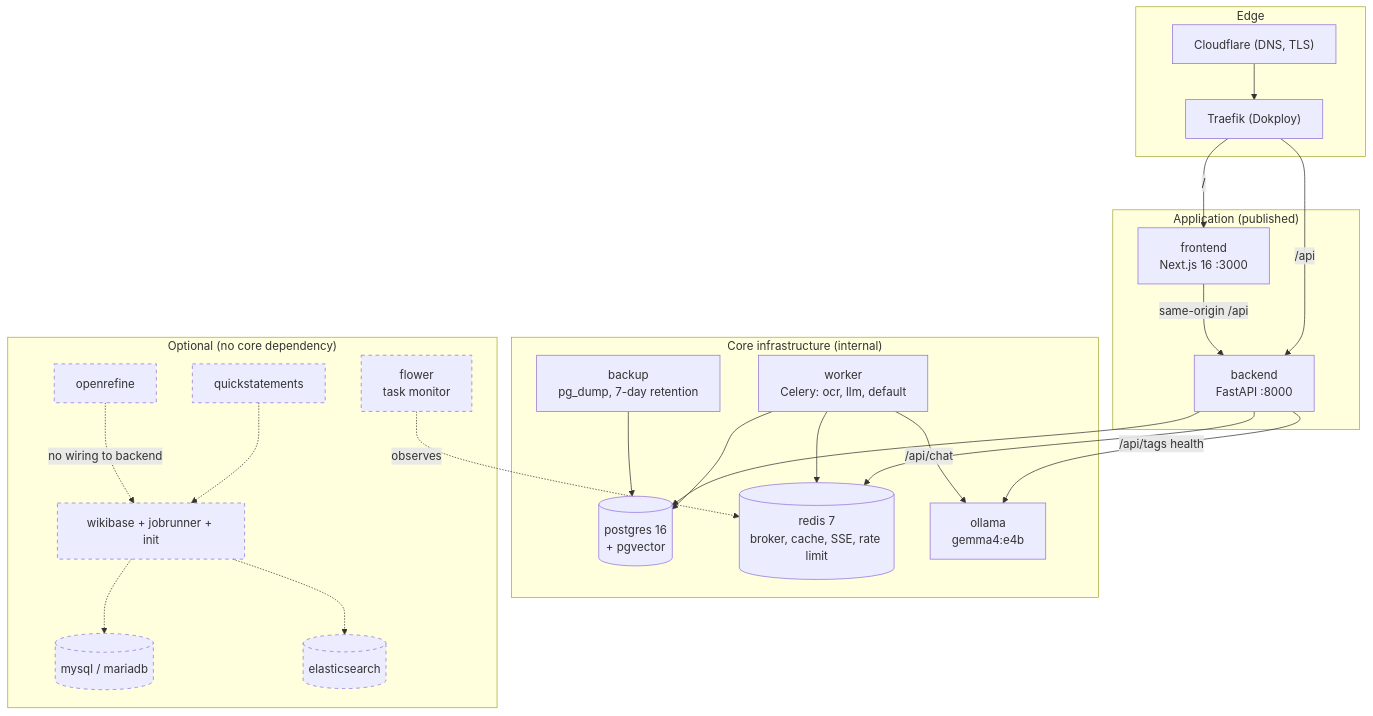
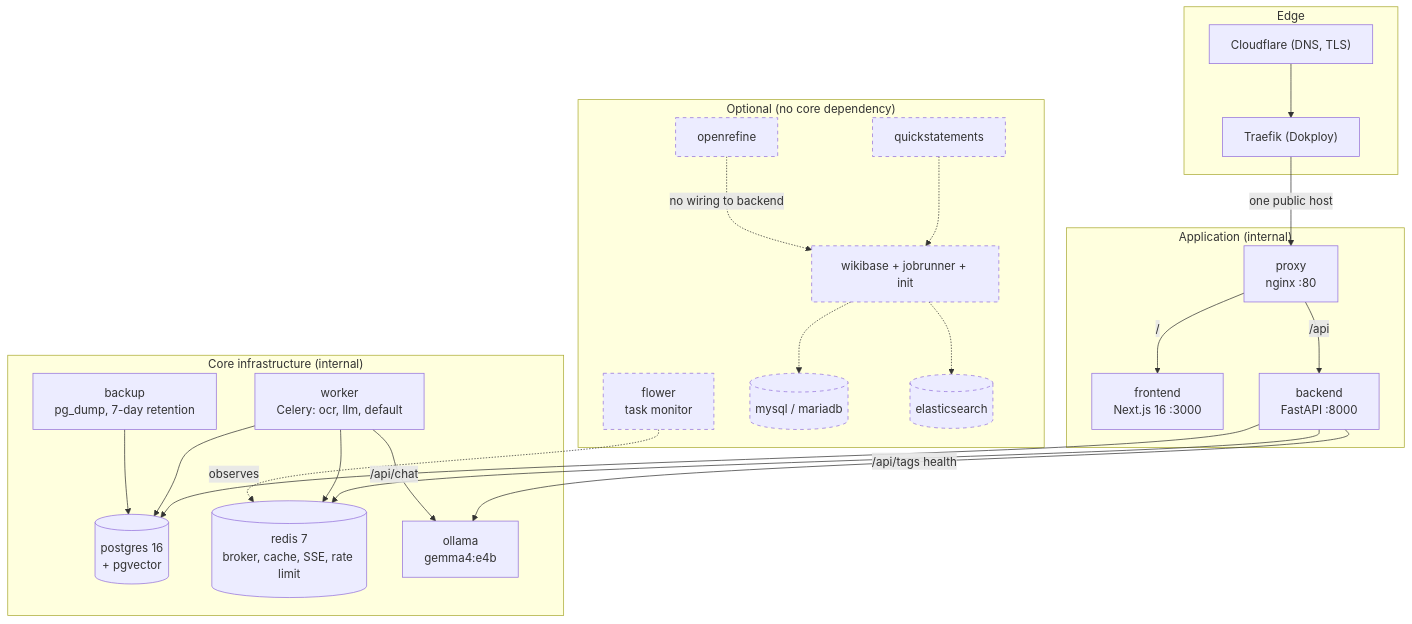
One commit to Agamya-Samuel/indic-book-metadata-extractor-v2 changed the first of 3 diagrams in docs/architecture/system-architecture.md. Above: the diagram before and after it, drawn with Mermaid. The commit also changed other lines of this file and 2 other files, not shown here.

Commit message:
docs(architecture): make the proxy the only public route
Update the deployment domain table, edge/integration notes, and runtime
topology diagram: Dokploy routes one hostname to proxy:80, which forwards
/ to the frontend and /api to the backend. Document that frontend and
backend are no longer published directly.

````diff
--- a/docs/architecture/system-architecture.md
+++ b/docs/architecture/system-architecture.md
@@ -30,51 +30,52 @@
 ```mermaid
 flowchart TB
     subgraph edge["Edge"]
         CF["Cloudflare (DNS, TLS)"]
         TR["Traefik (Dokploy)"]
     end
 
-    subgraph app["Application (published)"]
+    subgraph app["Application (internal)"]
+        PX["proxy<br/>nginx :80"]
         FE["frontend<br/>Next.js 16 :3000"]
         BE["backend<br/>FastAPI :8000"]
     end
 
     subgraph core["Core infrastructure (internal)"]
         PG[("postgres 16<br/>+ pgvector")]
         RD[("redis 7<br/>broker, cache, SSE, rate limit")]
         OL["ollama<br/>gemma4:e4b"]
         WK["worker<br/>Celery: ocr, llm, default"]
         BAK["backup<br/>pg_dump, 7-day retention"]
     end
 
     subgraph optional["Optional (no core dependency)"]
         FL["flower<br/>task monitor"]
         WB["wikibase + jobrunner + init"]
         QS["quickstatements"]
         MY[("mysql / mariadb")]
         ES[("elasticsearch")]
         OR["openrefine"]
     end
 
     CF --> TR
-    TR -->|"/"| FE
-    TR -->|"/api"| BE
-    FE -->|"same-origin /api"| BE
+    TR -->|"one public host"| PX
+    PX -->|"/"| FE
+    PX -->|"/api"| BE
 
     BE --> PG
     BE --> RD
     BE -->|"/api/tags health"| OL
     WK --> PG
     WK --> RD
     WK -->|"/api/chat"| OL
     BAK --> PG
 
     FL -.->|"observes"| RD
     WB -.-> MY
     WB -.-> ES
     QS -.-> WB
     OR -.->|"no wiring to backend"| WB
 
     classDef opt stroke-dasharray: 5 5
     class FL,WB,QS,MY,ES,OR opt
 ```
````
